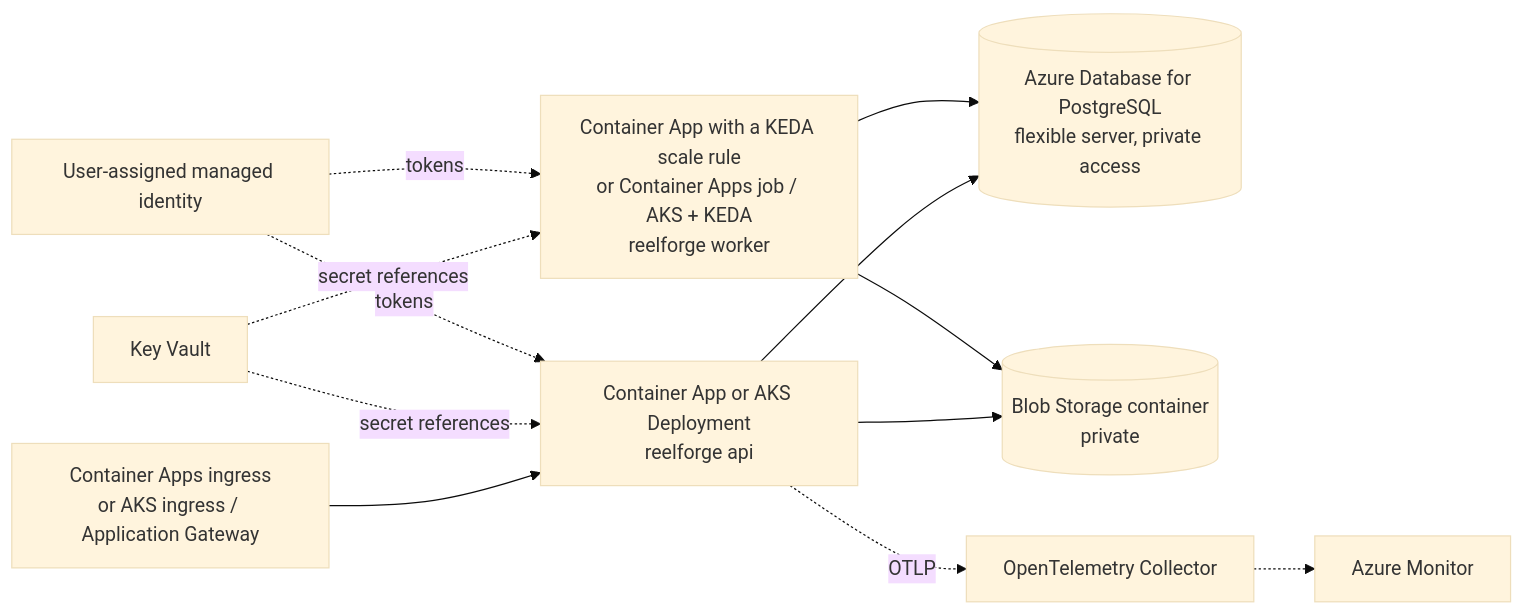
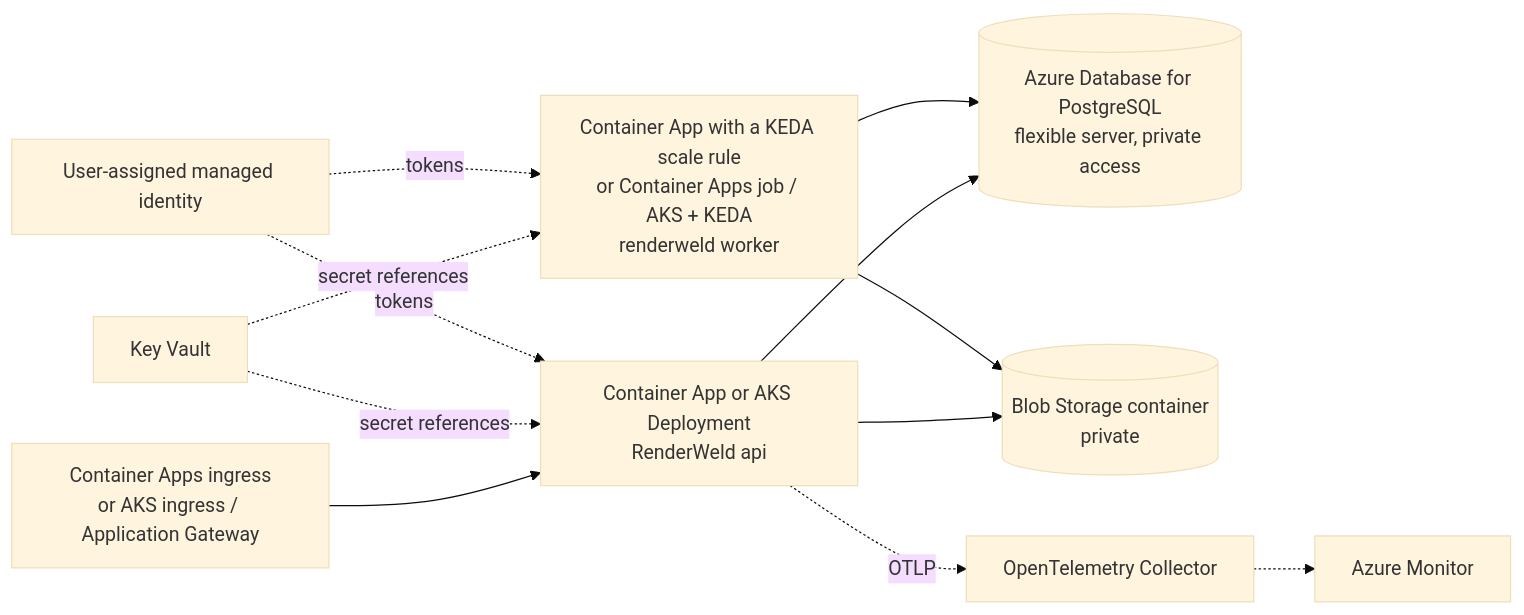
One commit to buildbase-app/reelforge-studio changed the diagram in docs/cloud/azure.md. Above: the diagram before and after it, drawn with Mermaid (base theme). The commit also changed other lines of this file and 22 other files, not shown here.

First line of the commit message:
docs(rename): providers, cloud guides and launch drafts say RenderWeld (rename phase 6, part 3) (#471)

````diff
--- a/docs/cloud/azure.md
+++ b/docs/cloud/azure.md
@@ -21,13 +21,13 @@
 ```mermaid
 flowchart LR
-  ing[Container Apps ingress<br/>or AKS ingress / Application Gateway] --> api[Container App or AKS Deployment<br/>reelforge api]
+  ing[Container Apps ingress<br/>or AKS ingress / Application Gateway] --> api[Container App or AKS Deployment<br/>RenderWeld api]
   api --> pg[(Azure Database for PostgreSQL<br/>flexible server, private access)]
-  wrk[Container App with a KEDA scale rule<br/>or Container Apps job / AKS + KEDA<br/>reelforge worker] --> pg
+  wrk[Container App with a KEDA scale rule<br/>or Container Apps job / AKS + KEDA<br/>renderweld worker] --> pg
   api --> blob[(Blob Storage container<br/>private)]
   wrk --> blob
   kv[Key Vault] -. secret references .-> api
   kv -. secret references .-> wrk
   mi[User-assigned managed identity] -. tokens .-> api
   mi -. tokens .-> wrk
   api -. OTLP .-> col[OpenTelemetry Collector] -.-> mon[Azure Monitor]
 ```
````
